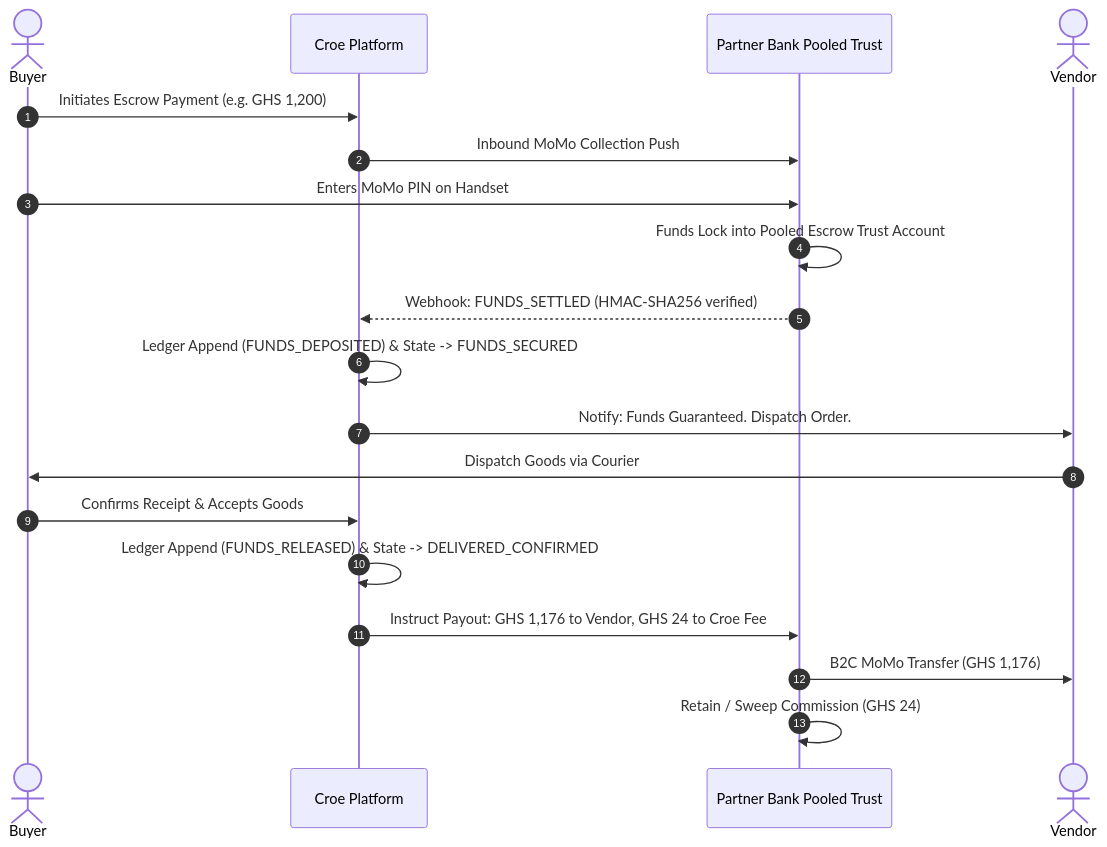
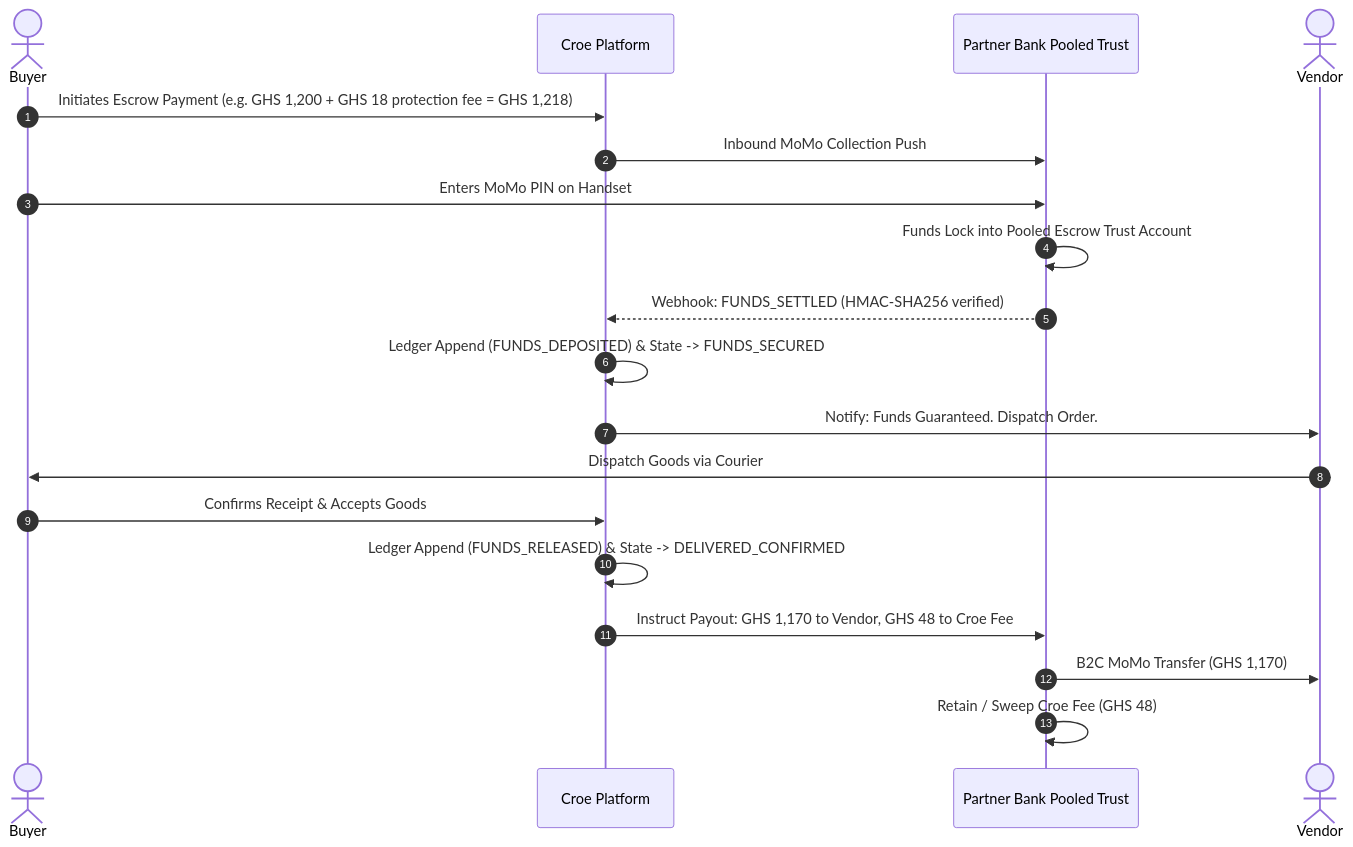
Before and after one commit to Aeomar999/Croe: the diagram in pitch/BANK-AND-PARTNER-BRIEF.md, drawn with Mermaid. The commit also changed other lines of this file and 14 other files, not shown here.

````diff
--- a/pitch/BANK-AND-PARTNER-BRIEF.md
+++ b/pitch/BANK-AND-PARTNER-BRIEF.md
@@ -63,22 +63,22 @@
 ```mermaid
 sequenceDiagram
     autonumber
     actor Buyer
     participant Croe as Croe Platform
     participant Bank as Partner Bank Pooled Trust
     actor Vendor
     
-    Buyer->>Croe: Initiates Escrow Payment (e.g. GHS 1,200)
+    Buyer->>Croe: Initiates Escrow Payment (e.g. GHS 1,200 + GHS 18 protection fee = GHS 1,218)
     Croe->>Bank: Inbound MoMo Collection Push
     Buyer->>Bank: Enters MoMo PIN on Handset
     Bank->>Bank: Funds Lock into Pooled Escrow Trust Account
     Bank-->>Croe: Webhook: FUNDS_SETTLED (HMAC-SHA256 verified)
     Croe->>Croe: Ledger Append (FUNDS_DEPOSITED) & State -> FUNDS_SECURED
     Croe->>Vendor: Notify: Funds Guaranteed. Dispatch Order.
     Vendor->>Buyer: Dispatch Goods via Courier
     Buyer->>Croe: Confirms Receipt & Accepts Goods
     Croe->>Croe: Ledger Append (FUNDS_RELEASED) & State -> DELIVERED_CONFIRMED
-    Croe->>Bank: Instruct Payout: GHS 1,176 to Vendor, GHS 24 to Croe Fee
-    Bank->>Vendor: B2C MoMo Transfer (GHS 1,176)
-    Bank->>Bank: Retain / Sweep Commission (GHS 24)
+    Croe->>Bank: Instruct Payout: GHS 1,170 to Vendor, GHS 48 to Croe Fee
+    Bank->>Vendor: B2C MoMo Transfer (GHS 1,170)
+    Bank->>Bank: Retain / Sweep Croe Fee (GHS 48)
 ```
````
